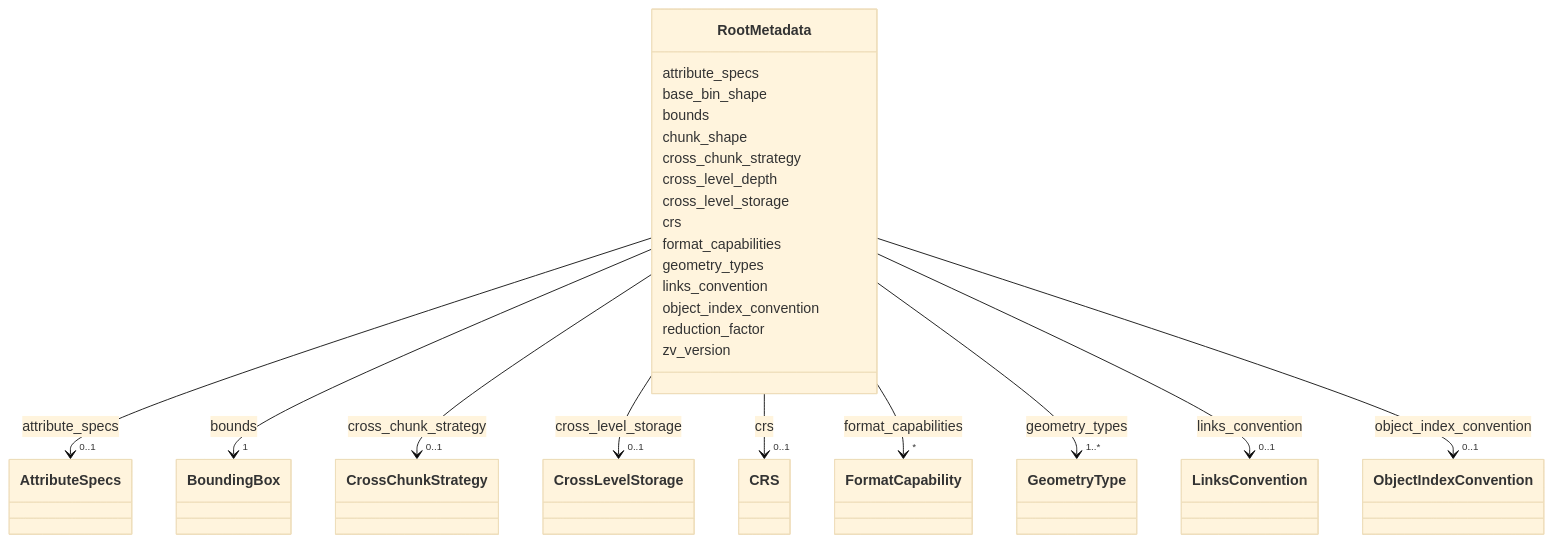
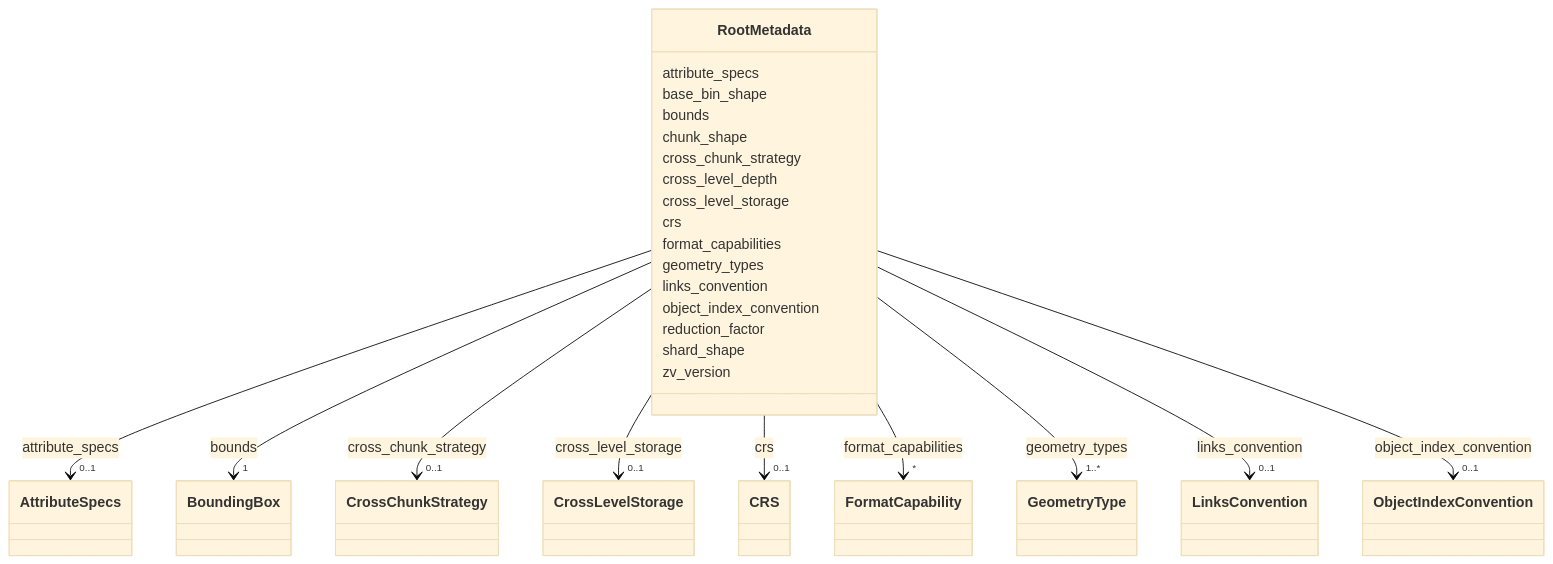
One commit to AllenInstitute/zarr-vectors-py changed diagram 15 of 16 in schema/reference.md. Above: the diagram before and after it, drawn with Mermaid (base theme). The commit also changed other lines of this file and 13 other files, not shown here.

```diff
--- a/schema/reference.md
+++ b/schema/reference.md
@@ -9522,6 +9523,8 @@
         
       RootMetadata : reduction_factor
         
+      RootMetadata : shard_shape
+        
       RootMetadata : zv_version
         
       
```
